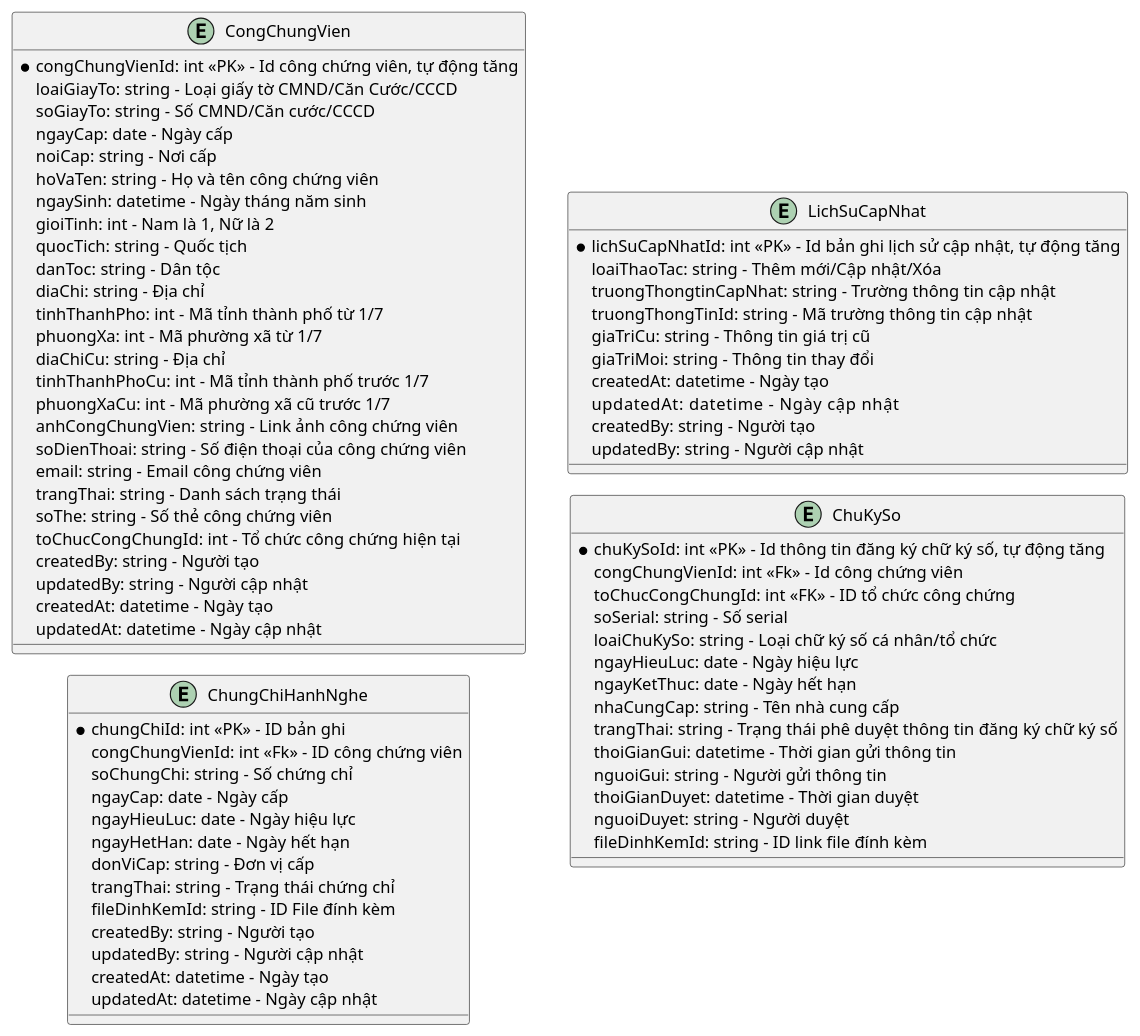
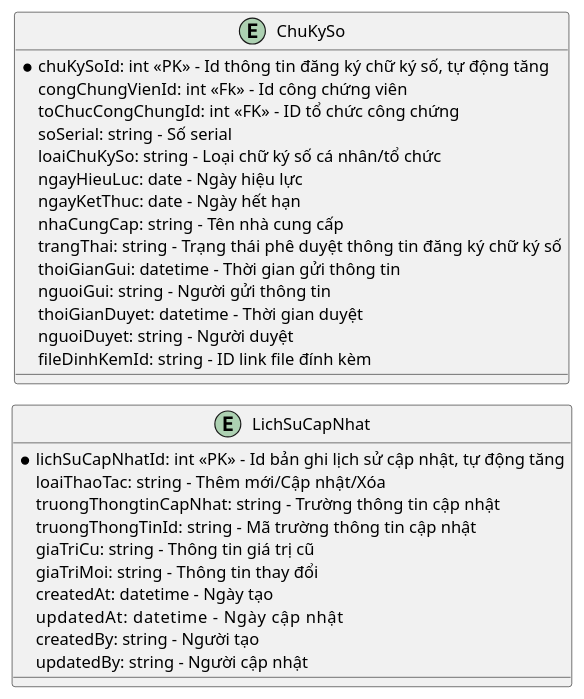
Before and after one commit to phuongpm23/nds-docs-test: the diagram in ba/[NDS-E-00056] Quản lý chữ ký số/3.ldm.puml, drawn with PlantUML. The commit also changed 7 other files, not shown here.

```diff
--- a/ba/[NDS-E-00056] Quản lý chữ ký số/3.ldm.puml
+++ b/ba/[NDS-E-00056] Quản lý chữ ký số/3.ldm.puml
@@ -1,86 +1,38 @@
 @startuml ldm
 !pragma layout smetana
 left to right direction
 
-entity CongChungVien
-entity ChungChiHanhNghe
 entity LichSuCapNhat
 entity ChuKySo
-
-entity CongChungVien {
-  *congChungVienId: int <<PK>> - Id công chứng viên, tự động tăng
-  loaiGiayTo: string - Loại giấy tờ CMND/Căn Cước/CCCD
-  soGiayTo: string - Số CMND/Căn cước/CCCD 
-  ngayCap: date - Ngày cấp
-  noiCap: string - Nơi cấp
-  hoVaTen: string - Họ và tên công chứng viên
-  ngaySinh: datetime - Ngày tháng năm sinh
-  gioiTinh: int - Nam là 1, Nữ là 2
-  quocTich: string - Quốc tịch
-  danToc: string - Dân tộc
-  diaChi: string - Địa chỉ
-  tinhThanhPho: int - Mã tỉnh thành phố từ 1/7
-  phuongXa: int - Mã phường xã từ 1/7
-  diaChiCu: string - Địa chỉ
-  tinhThanhPhoCu: int - Mã tỉnh thành phố trước 1/7
-  phuongXaCu: int - Mã phường xã cũ trước 1/7
-  anhCongChungVien: string - Link ảnh công chứng viên
-  soDienThoai: string - Số điện thoại của công chứng viên
-  email: string - Email công chứng viên
-  trangThai: string - Danh sách trạng thái
-  soThe: string - Số thẻ công chứng viên
-  toChucCongChungId: int - Tổ chức công chứng hiện tại
-  createdBy: string - Người tạo
-  updatedBy: string - Người cập nhật
-  createdAt: datetime - Ngày tạo
-  updatedAt: datetime - Ngày cập nhật
-  
-}
-
-entity ChungChiHanhNghe {
-  *chungChiId: int <<PK>> - ID bản ghi
-  congChungVienId: int <<Fk>> - ID công chứng viên
-  soChungChi: string - Số chứng chỉ
-  ngayCap: date - Ngày cấp
-  ngayHieuLuc: date - Ngày hiệu lực
-  ngayHetHan: date - Ngày hết hạn
-  donViCap: string - Đơn vị cấp
-  trangThai: string - Trạng thái chứng chỉ
-  fileDinhKemId: string - ID File đính kèm
-  createdBy: string - Người tạo
-  updatedBy: string - Người cập nhật
-  createdAt: datetime - Ngày tạo
-  updatedAt: datetime - Ngày cập nhật
-}
 
 entity ChuKySo {
   *chuKySoId: int <<PK>> - Id thông tin đăng ký chữ ký số, tự động tăng
   congChungVienId: int <<Fk>> - Id công chứng viên
   toChucCongChungId: int <<FK>> - ID tổ chức công chứng
   soSerial: string - Số serial
   loaiChuKySo: string - Loại chữ ký số cá nhân/tổ chức
   ngayHieuLuc: date - Ngày hiệu lực
   ngayKetThuc: date - Ngày hết hạn
   nhaCungCap: string - Tên nhà cung cấp
   trangThai: string - Trạng thái phê duyệt thông tin đăng ký chữ ký số
   thoiGianGui: datetime - Thời gian gửi thông tin
   nguoiGui: string - Người gửi thông tin
   thoiGianDuyet: datetime - Thời gian duyệt
   nguoiDuyet: string - Người duyệt
   fileDinhKemId: string - ID link file đính kèm
 }
 
 entity LichSuCapNhat {
   *lichSuCapNhatId: int <<PK>> - Id bản ghi lịch sử cập nhật, tự động tăng
   loaiThaoTac: string - Thêm mới/Cập nhật/Xóa
   truongThongtinCapNhat: string - Trường thông tin cập nhật
   truongThongTinId: string - Mã trường thông tin cập nhật
   giaTriCu: string - Thông tin giá trị cũ
   giaTriMoi: string - Thông tin thay đổi
   createdAt: datetime - Ngày tạo
   updatedAt: datetime      - Ngày cập nhật
   createdBy: string - Người tạo
   updatedBy: string - Người cập nhật
 }
 
 @enduml
```
